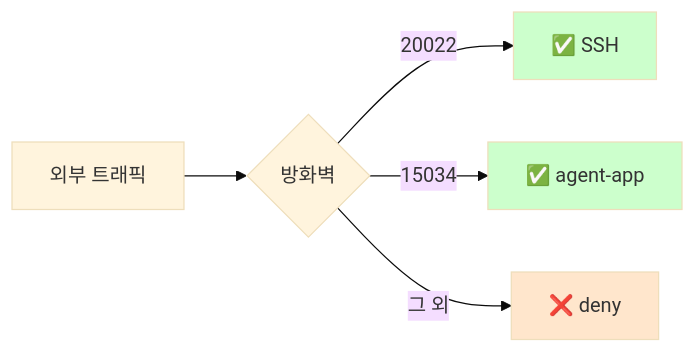
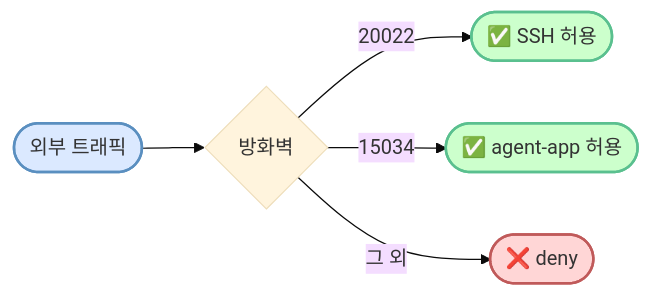
One commit to codewhite7777/codyssey_b1_1 changed the third of 8 diagrams in docs/spec-overview.md. Above: the diagram before and after it, drawn with Mermaid (base theme). The commit also changed other lines of this file, not shown here.

First line of the commit message:
docs(spec-overview): Mermaid 다이어그램 깔끔하게 다듬기

````diff
--- a/docs/spec-overview.md
+++ b/docs/spec-overview.md
@@ -93,11 +94,12 @@
 ```mermaid
 flowchart LR
-    A["외부 트래픽"] --> B{방화벽}
-    B -->|20022| C["✅ SSH"]
-    B -->|15034| D["✅ agent-app"]
-    B -->|그 외| E["❌ deny"]
+    A([외부 트래픽]) --> B{방화벽}
+    B -->|20022| C([✅ SSH 허용])
+    B -->|15034| D([✅ agent-app 허용])
+    B -->|그 외| E([❌ deny])
 
-    style C fill:#ccffcc
-    style D fill:#ccffcc
-    style E fill:#ffe6cc
+    style A fill:#dbe9ff,stroke:#5a8fc0,stroke-width:2px
+    style C fill:#ccffcc,stroke:#5ac08f,stroke-width:2px
+    style D fill:#ccffcc,stroke:#5ac08f,stroke-width:2px
+    style E fill:#ffd6d6,stroke:#c05a5a,stroke-width:2px
 ```
````
